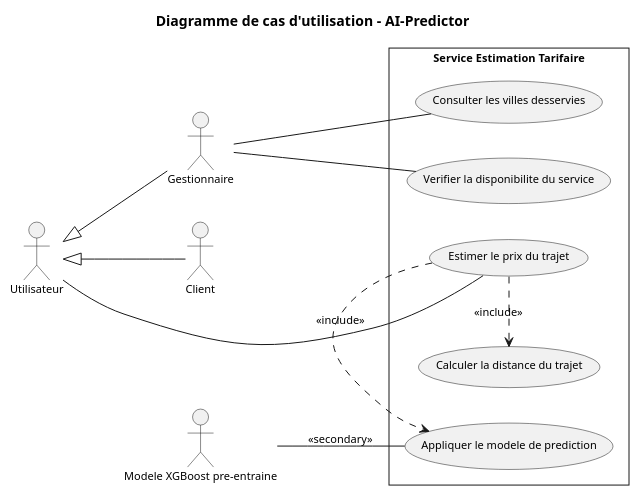
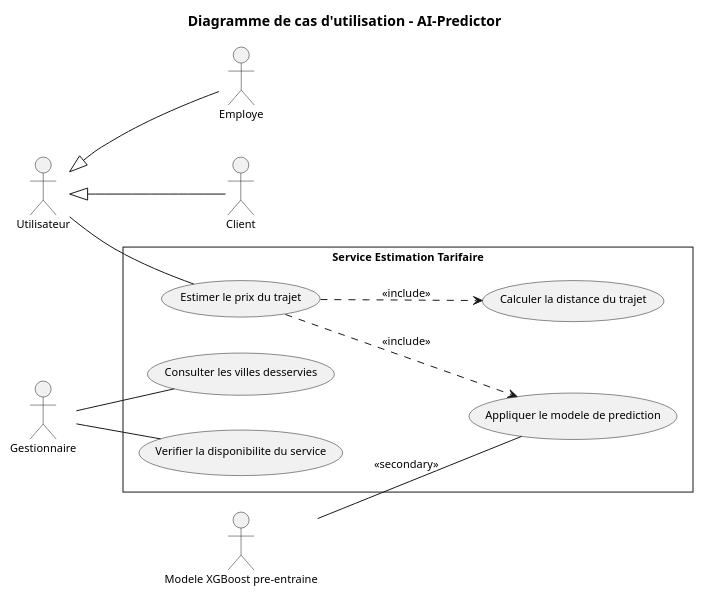
One commit to saber-barhoumi/Xpark-gmao changed the diagram in docs/diagrams/microservices/AI-Predictor/AI-Predictor-usecase.puml. Above: the diagram before and after it, drawn with PlantUML. The commit also changed 23 other files, not shown here.

First line of the commit message:
docs(uml): hierarchie d'acteurs et relations entre cas d'utilisation

```diff
--- a/docs/diagrams/microservices/AI-Predictor/AI-Predictor-usecase.puml
+++ b/docs/diagrams/microservices/AI-Predictor/AI-Predictor-usecase.puml
@@ -1,43 +1,44 @@
 @startuml
 skinparam style strictuml
 skinparam packageStyle rectangle
 skinparam shadowing false
 skinparam defaultFontName Verdana
 skinparam defaultFontSize 11
 skinparam backgroundColor #FFFFFF
 left to right direction
 
 title Diagramme de cas d'utilisation - AI-Predictor
 
-' Acteurs principaux, empiles verticalement a gauche
+' Acteurs principaux, empiles a gauche du plus general au plus specialise
 actor "Utilisateur" as Utilisateur
+actor "Employe" as Employe
 actor "Gestionnaire" as Gestionnaire
 actor "Client" as Client
 
 ' Generalisation : triangle creux, de l'enfant vers le parent
-Gestionnaire -up-|> Utilisateur
+Employe -up-|> Utilisateur
 Client -up-|> Utilisateur
 
 rectangle "Service Estimation Tarifaire" {
   usecase "Estimer le prix du trajet" as UC_Estimer_le_prix_du_trajet
   usecase "Calculer la distance du trajet" as UC_Calculer_la_distance_du_trajet
   usecase "Appliquer le modele de prediction" as UC_Appliquer_le_modele_de_prediction
   usecase "Consulter les villes desservies" as UC_Consulter_les_villes_desservies
   usecase "Verifier la disponibilite du service" as UC_Verifier_la_disponibilite_du_servi
 }
 
 ' Acteurs secondaires, a droite, hors de la frontiere
 actor "Modele XGBoost pre-entraine" as Modele
 
 ' Associations : trait continu sans fleche (relation d'association)
 Utilisateur -- UC_Estimer_le_prix_du_trajet
 Gestionnaire -- UC_Consulter_les_villes_desservies
 Gestionnaire -- UC_Verifier_la_disponibilite_du_servi
 
 Modele -- UC_Appliquer_le_modele_de_prediction : << secondary >>
 
 ' << include >> : du cas de base vers le cas obligatoire
-UC_Estimer_le_prix_du_trajet .[norank].> UC_Calculer_la_distance_du_trajet : << include >>
-UC_Estimer_le_prix_du_trajet .[norank].> UC_Appliquer_le_modele_de_prediction : << include >>
+UC_Estimer_le_prix_du_trajet ..> UC_Calculer_la_distance_du_trajet : << include >>
+UC_Estimer_le_prix_du_trajet ..> UC_Appliquer_le_modele_de_prediction : << include >>
 
 @enduml
```
